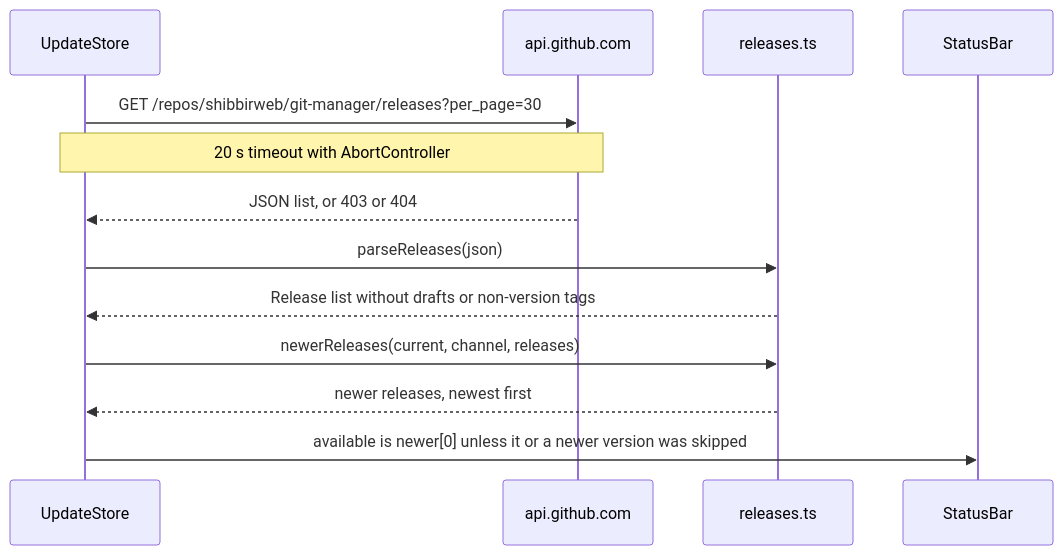
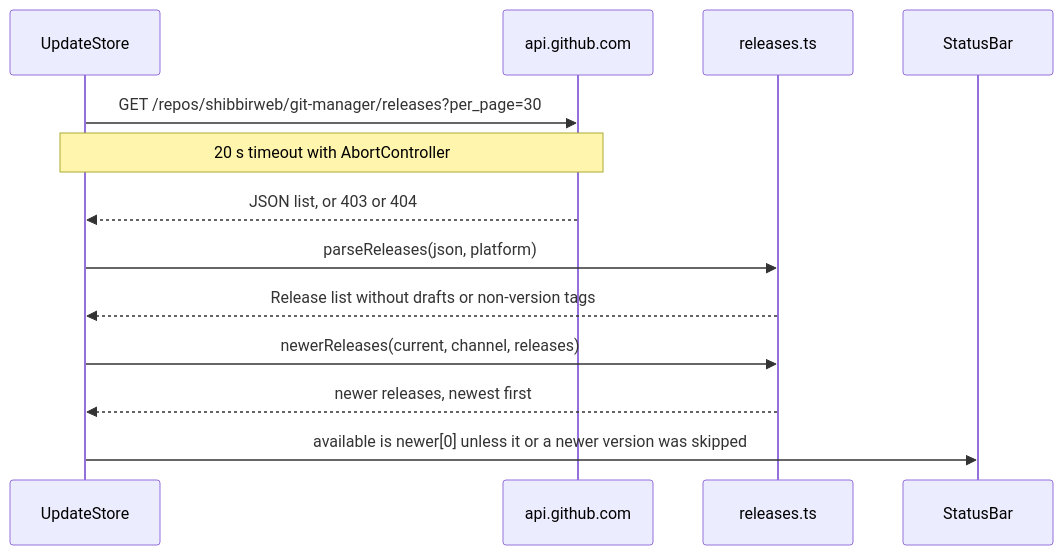
Before and after one commit to shibbirweb/git-manager: the second of 3 diagrams in docs/wiki/developer/How-Updates-Work.md, drawn with Mermaid. The commit also changed other lines of this file and 9 other files, not shown here.

````diff
--- a/docs/wiki/developer/How-Updates-Work.md
+++ b/docs/wiki/developer/How-Updates-Work.md
@@ -39,15 +39,15 @@
 ```mermaid
 sequenceDiagram
     participant U as UpdateStore
     participant GH as api.github.com
     participant R as releases.ts
     participant SB as StatusBar
     U->>GH: GET /repos/shibbirweb/git-manager/releases?per_page=30
     Note over U,GH: 20 s timeout with AbortController
     GH-->>U: JSON list, or 403 or 404
-    U->>R: parseReleases(json)
+    U->>R: parseReleases(json, platform)
     R-->>U: Release list without drafts or non-version tags
     U->>R: newerReleases(current, channel, releases)
     R-->>U: newer releases, newest first
     U->>SB: available is newer[0] unless it or a newer version was skipped
 ```
````
